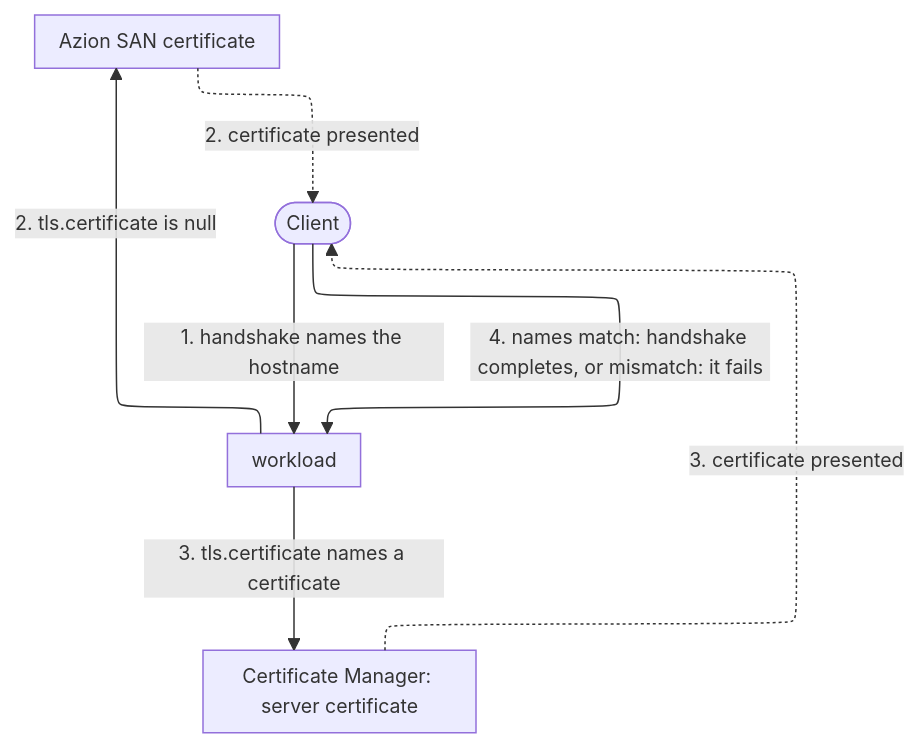
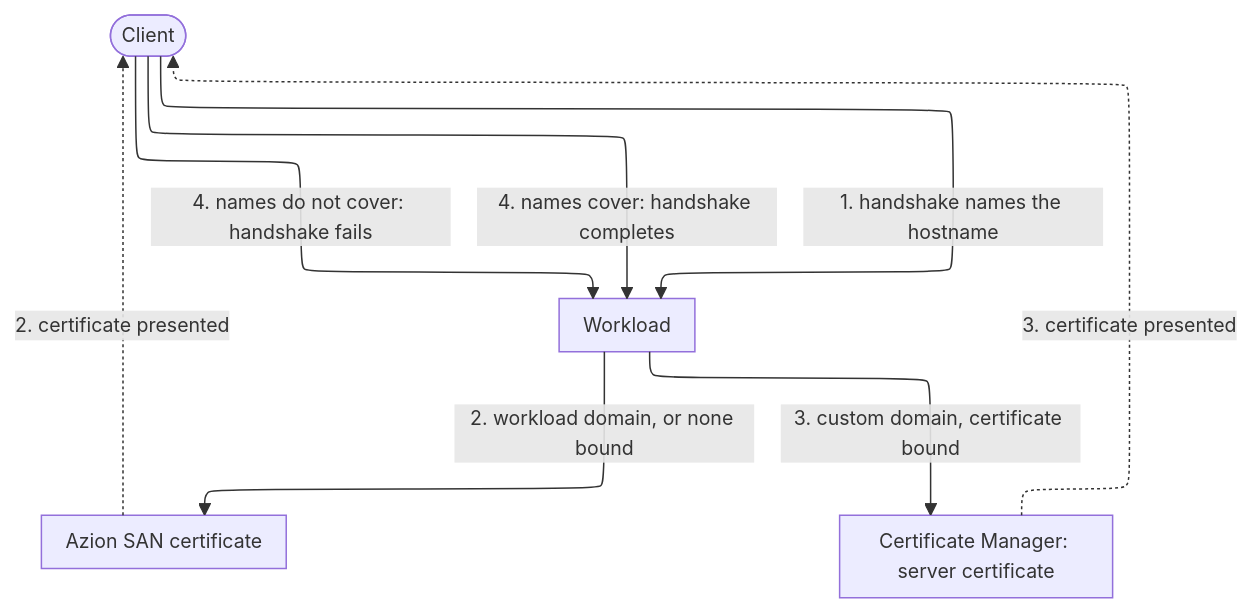
The second of 5 diagrams in apps/docs/src/content/docs/en/pages/secure/workloads/how-it-works.mdx (aziontech/docs), drawn with Mermaid before and after one commit. The commit also changed other lines of this file and 1 other file, not shown here.

````diff
--- a/apps/docs/src/content/docs/en/pages/secure/workloads/how-it-works.mdx
+++ b/apps/docs/src/content/docs/en/pages/secure/workloads/how-it-works.mdx
@@ -116,14 +124,15 @@
 ```mermaid
 %%{init: {"layout": "elk", "elk": {"preset": "modelOrder", "keepEntryNodeOnTop": true}, "themeVariables": {"fontSize": "13px"}, "flowchart": {"nodeSpacing": 24, "rankSpacing": 36, "padding": 8, "wrappingWidth": 150, "useMaxWidth": true}, "sequence": {"width": 120, "actorMargin": 30, "useMaxWidth": true}}}%%
 flowchart TD
   Client(["Client"])
-  WL["workload"]
+  WL["Workload"]
   SAN["Azion SAN certificate"]
   CM["Certificate Manager: server certificate"]
   Client -->|"1. handshake names the hostname"| WL
-  WL -->|"2. tls.certificate is null"| SAN
-  WL -->|"3. tls.certificate names a certificate"| CM
+  WL -->|"2. workload domain, or none bound"| SAN
+  WL -->|"3. custom domain, certificate bound"| CM
   SAN -.->|"2. certificate presented"| Client
   CM -.->|"3. certificate presented"| Client
-  Client -->|"4. names match: handshake completes, or mismatch: it fails"| WL
+  Client -->|"4. names cover: handshake completes"| WL
+  Client -->|"4. names do not cover: handshake fails"| WL
 ```
````
